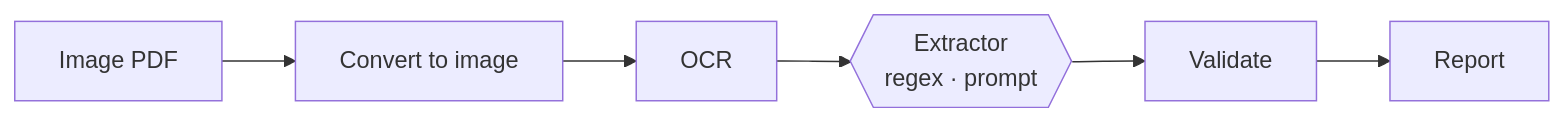
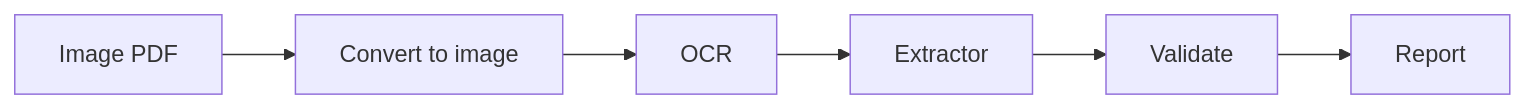
Before and after one commit to mariogarcia-ar/docflow: the second of 5 diagrams in workflow.md, drawn with Mermaid. The commit also changed other lines of this file and 1 other file, not shown here.

Commit message:
Update documentation for components and workflows, correcting input pipeline references and clarifying flow descriptions

````diff
--- a/workflow.md
+++ b/workflow.md
@@ -77,8 +84,4 @@
 ```mermaid
 graph LR
-    A["Image PDF"] --> B["Convert to image"]
-    B --> C["OCR"]
-    C --> D{{"Extractor<br/>regex · prompt"}}
-    D --> E["Validate"]
-    E --> F["Report"]
+    A["Image PDF"] --> B["Convert to image"] --> C["OCR"] --> D["Extractor"] --> E["Validate"] --> F["Report"]
 ```
````
